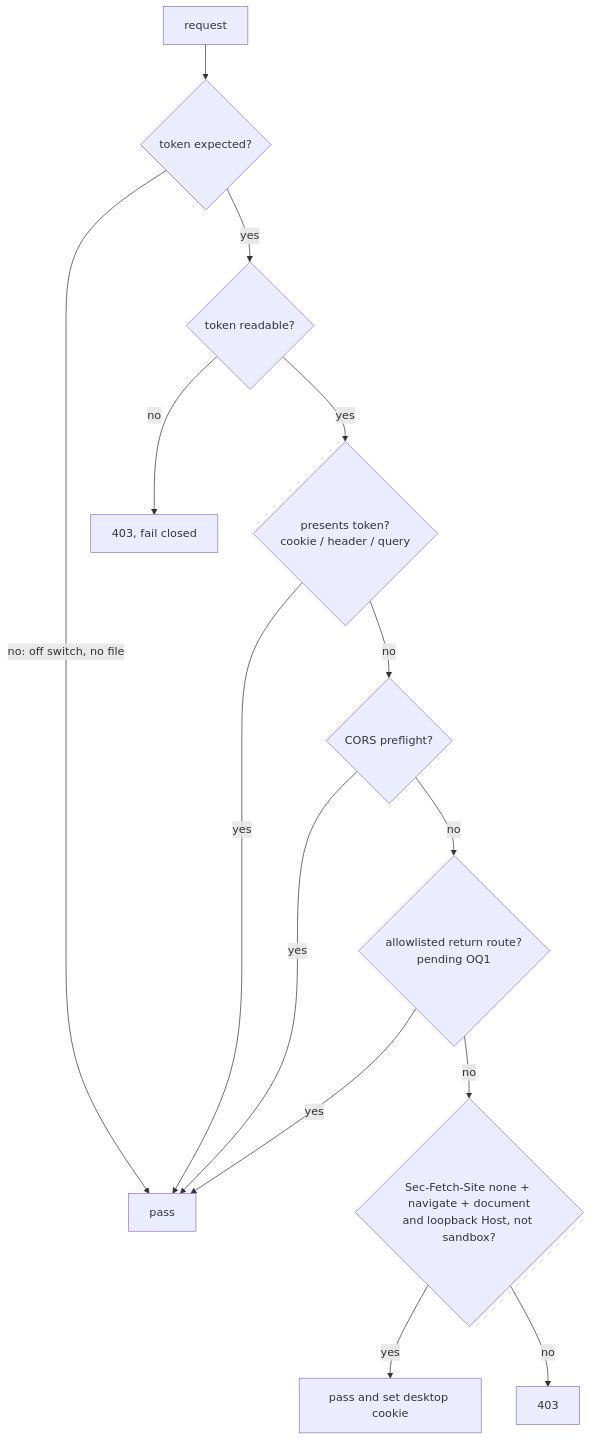
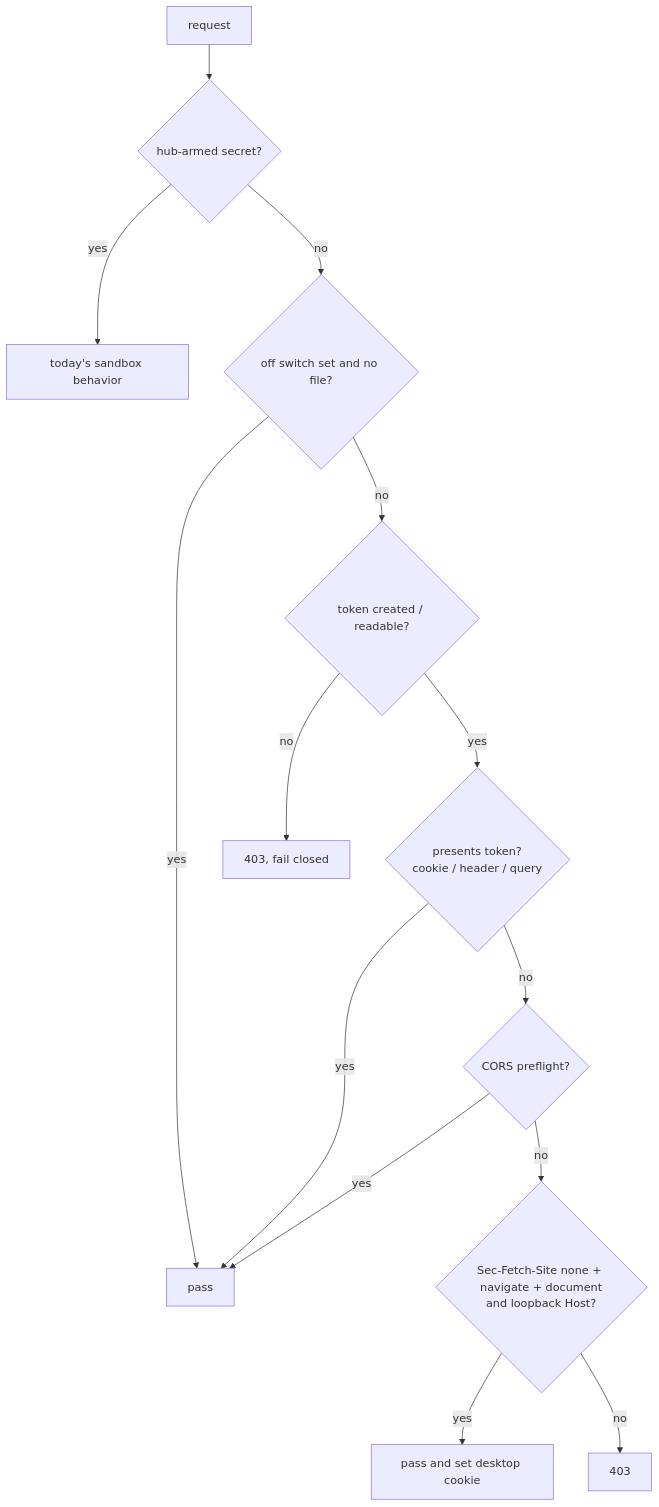
The second of 2 diagrams in docs/plans/2026-10-12-1407-fix-local-backend-cookie-gate-plan.md (langware-labs/flowpad), drawn with Mermaid before and after one commit. The commit also changed other lines of this file, not shown here.

Commit message:
Flowpad: 2026-10-12-1407-fix-local-backend-cookie-gate-plan v2

````diff
--- a/docs/plans/2026-10-12-1407-fix-local-backend-cookie-gate-plan.md
+++ b/docs/plans/2026-10-12-1407-fix-local-backend-cookie-gate-plan.md
@@ -224,16 +218,16 @@
 ```mermaid
 flowchart TB
-  R[request] --> T{token expected?}
-  T -->|no: off switch, no file| P[pass]
-  T -->|yes| U{token readable?}
+  R[request] --> H{hub-armed secret?}
+  H -->|yes| X[today's sandbox behavior]
+  H -->|no| T{off switch set and no file?}
+  T -->|yes| P[pass]
+  T -->|no| U{token created / readable?}
   U -->|no| D[403, fail closed]
   U -->|yes| V{presents token?<br/>cookie / header / query}
   V -->|yes| P
   V -->|no| O{CORS preflight?}
   O -->|yes| P
-  O -->|no| A{allowlisted return route?<br/>pending OQ1}
-  A -->|yes| P
-  A -->|no| N{"Sec-Fetch-Site none + navigate + document<br/>and loopback Host, not sandbox?"}
+  O -->|no| N{"Sec-Fetch-Site none + navigate + document<br/>and loopback Host?"}
   N -->|yes| G[pass and set desktop cookie]
   N -->|no| D2[403]
 ```
````
